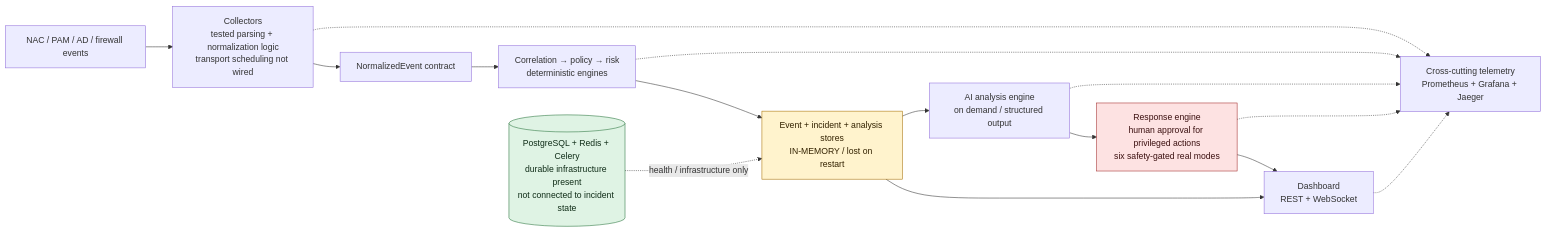
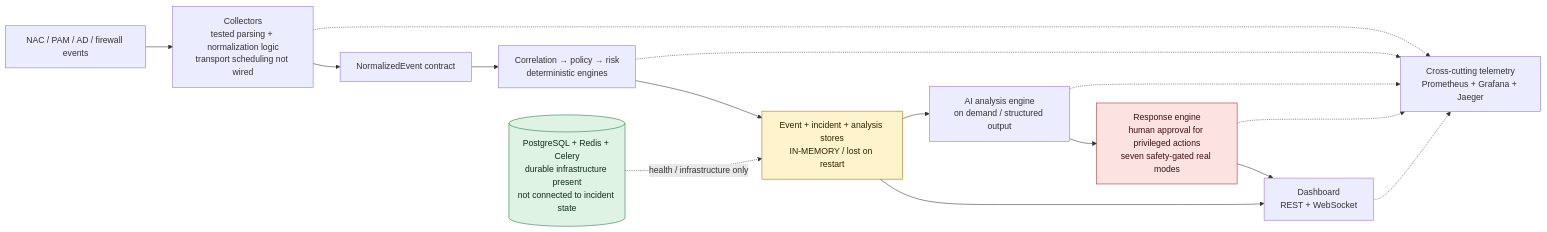
One commit to dnzgrkn/WardHound changed the diagram in README.md. Above: the diagram before and after it, drawn with Mermaid. The commit also changed other lines of this file and 9 other files, not shown here.

````diff
--- a/README.md
+++ b/README.md
@@ -13,30 +13,30 @@
 ```mermaid
 flowchart LR
     Sources["NAC / PAM / AD / firewall events"]
     Collectors["Collectors<br/>tested parsing + normalization logic<br/>transport scheduling not wired"]
     Normalize["NormalizedEvent contract"]
     Engines["Correlation → policy → risk<br/>deterministic engines"]
     Store["Event + incident + analysis stores<br/>IN-MEMORY / lost on restart"]
     AI["AI analysis engine<br/>on demand / structured output"]
-    Response["Response engine<br/>human approval for privileged actions<br/>six safety-gated real modes"]
+    Response["Response engine<br/>human approval for privileged actions<br/>seven safety-gated real modes"]
     Dashboard["Dashboard<br/>REST + WebSocket"]
     Infra[("PostgreSQL + Redis + Celery<br/>durable infrastructure present<br/>not connected to incident state")]
     Telemetry["Cross-cutting telemetry<br/>Prometheus + Grafana + Jaeger"]
 
     Sources --> Collectors --> Normalize --> Engines --> Store
     Store --> AI --> Response --> Dashboard
     Store --> Dashboard
     Infra -. "health / infrastructure only" .-> Store
     Collectors -.-> Telemetry
     Engines -.-> Telemetry
     AI -.-> Telemetry
     Response -.-> Telemetry
     Dashboard -.-> Telemetry
 
     classDef memory fill:#fff3cd,stroke:#a66f00,color:#332200;
     classDef simulated fill:#fde2e2,stroke:#a12828,color:#3b1010;
     classDef durable fill:#dff3e4,stroke:#26733a,color:#102d18;
     class Store memory;
     class Response simulated;
     class Infra durable;
 ```
````
